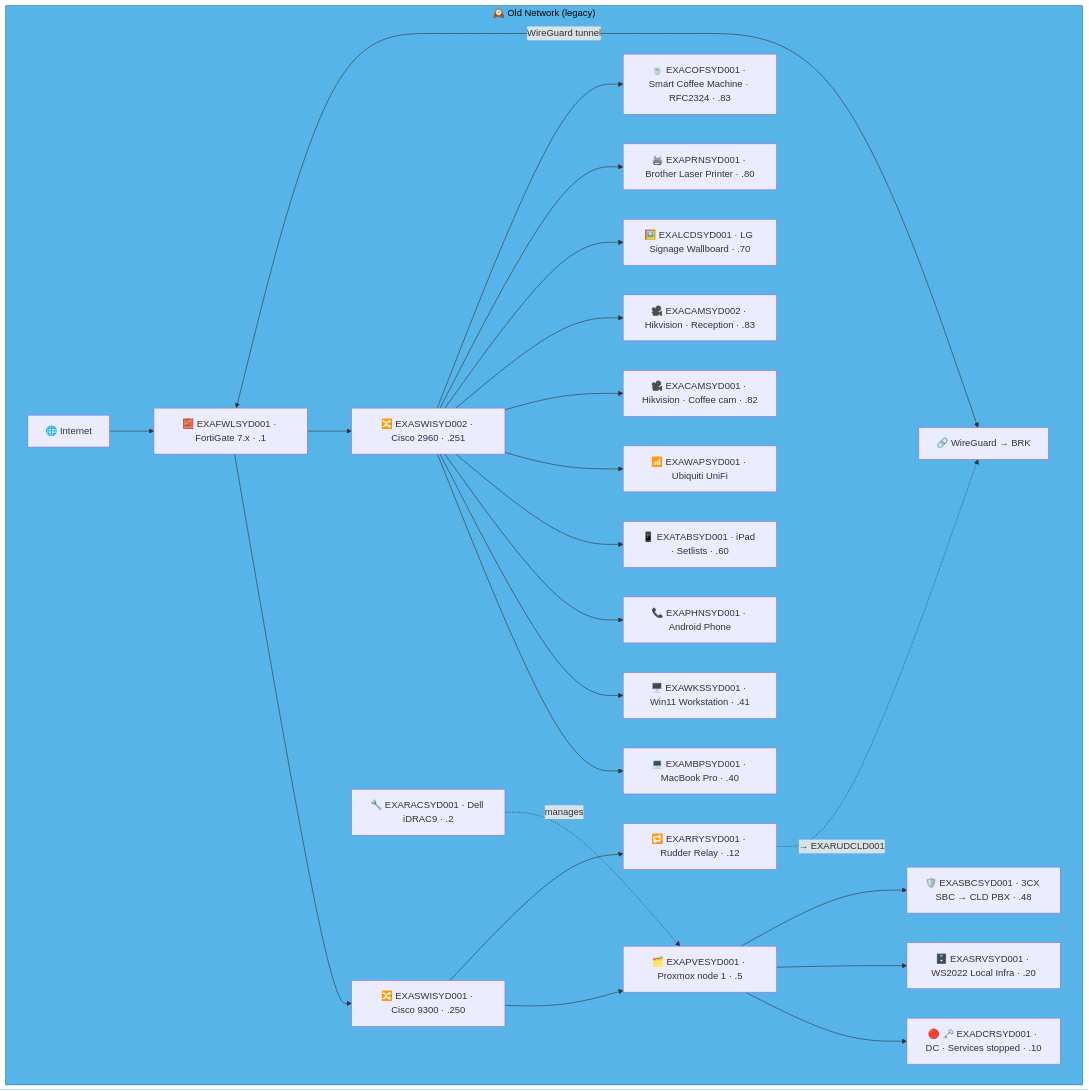
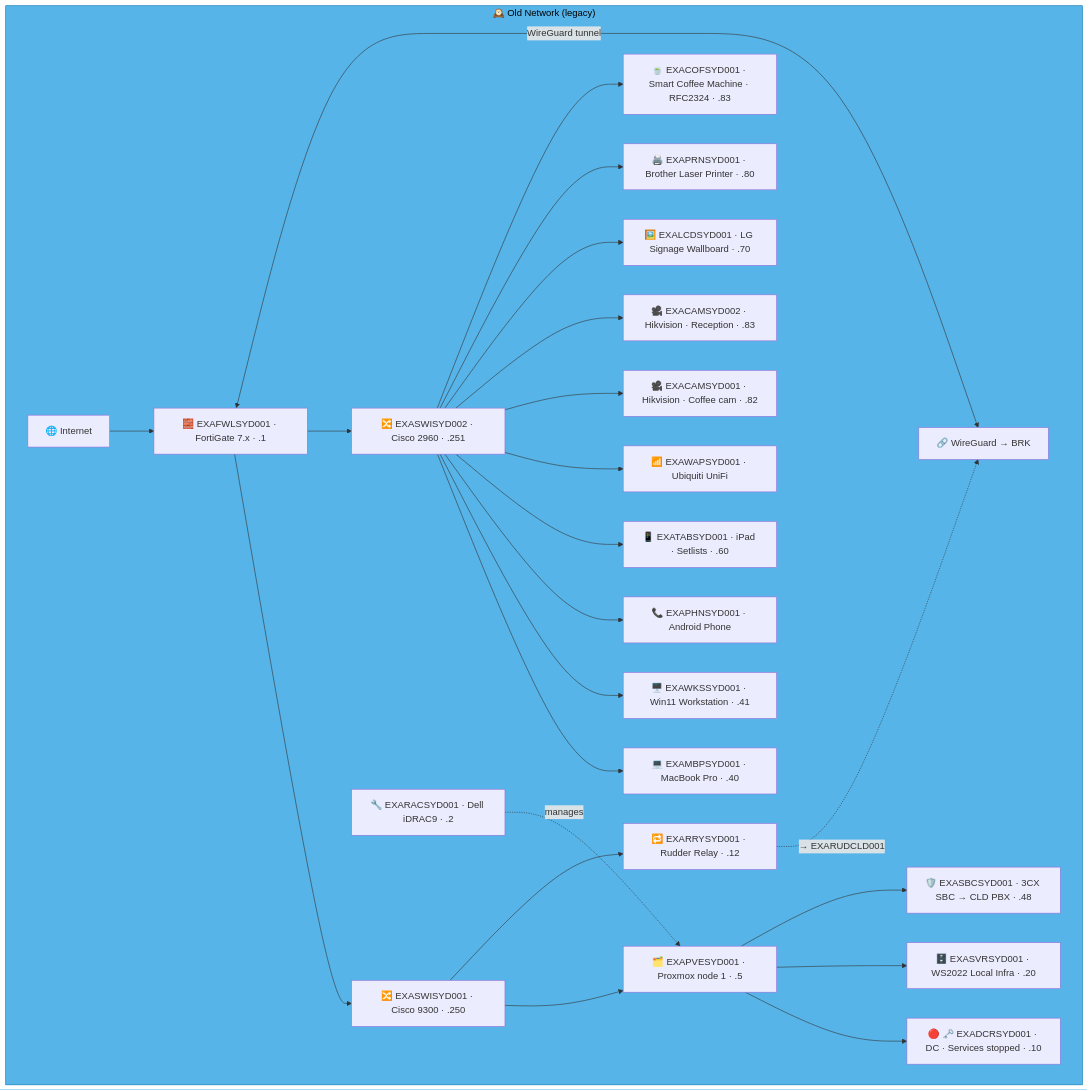
The second of 6 diagrams in docs/network-diagram/australia.md (knightmare2600/example_music_infra), drawn with Mermaid before and after one commit. The commit also changed other lines of this file and 44 other files, not shown here.

````diff
--- a/docs/network-diagram/australia.md
+++ b/docs/network-diagram/australia.md
@@ -92,37 +92,37 @@
 ```mermaid
 graph TD
     subgraph OLD_SYD ["🕰️ Old Network (legacy)"]
       INET["🌐 Internet"]
       FWL["🧱 EXAFWLSYD001 · FortiGate 7.x · .1"]
       SW1["🔀 EXASWISYD001 · Cisco 9300 · .250"]
       SW2["🔀 EXASWISYD002 · Cisco 2960 · .251"]
       RAC["🔧 EXARACSYD001 · Dell iDRAC9 · .2"]
       PVE["🗂️ EXAPVESYD001 · Proxmox node 1 · .5"]
       DC["🔴 🗝️ EXADCRSYD001 · DC · Services stopped · .10"]
-      SRV["🗄️ EXASRVSYD001 · WS2022 Local Infra · .20"]
+      SRV["🗄️ EXASVRSYD001 · WS2022 Local Infra · .20"]
       SBC["🛡️ EXASBCSYD001 · 3CX SBC → CLD PBX · .48"]
       RRY["🔁 EXARRYSYD001 · Rudder Relay · .12"]
       MBP["💻 EXAMBPSYD001 · MacBook Pro · .40"]
       WKS["🖥️ EXAWKSSYD001 · Win11 Workstation · .41"]
       PHN["📞 EXAPHNSYD001 · Android Phone"]
       TAB["📱 EXATABSYD001 · iPad · Setlists · .60"]
       WAP["📶 EXAWAPSYD001 · Ubiquiti UniFi"]
       CAM1["🎥 EXACAMSYD001 · Hikvision · Coffee cam · .82"]
       CAM2["🎥 EXACAMSYD002 · Hikvision · Reception · .83"]
       LCD["🖼️ EXALCDSYD001 · LG Signage Wallboard · .70"]
       PRN["🖨️ EXAPRNSYD001 · Brother Laser Printer · .80"]
       COF["🍵 EXACOFSYD001 · Smart Coffee Machine · RFC2324 · .83"]
       VPN["🔗 WireGuard → BRK"]
 
       INET --> FWL --> SW1 & SW2
       SW1 --> PVE --> DC & SRV & SBC
       RAC -.->|"manages"| PVE
       SW2 --> MBP & WKS & PHN & TAB & WAP
       SW2 --> CAM1 & CAM2 & LCD & PRN & COF
       FWL <-->|"WireGuard tunnel"| VPN
 
       SW1 --> RRY
       RRY -. "→ EXARUDCLD001" .-> VPN
     end
     style OLD_SYD fill:#56B4E9,stroke:#0072B2,color:#000000
 ```
````
